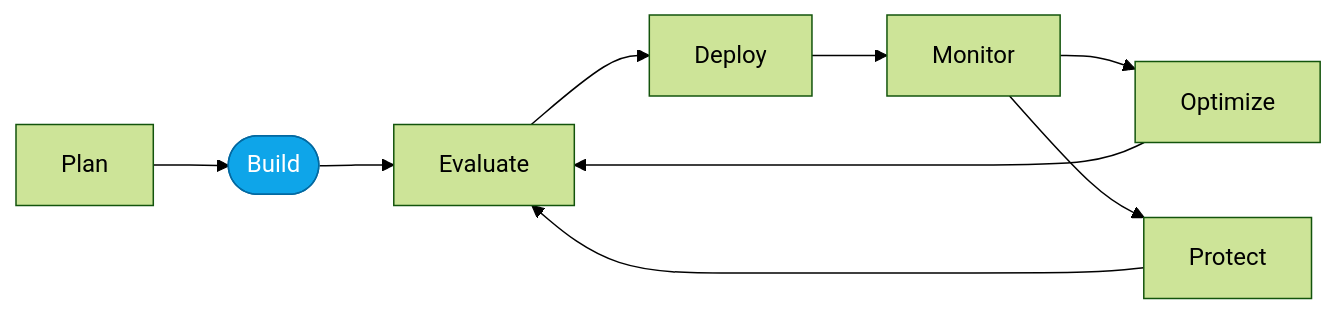
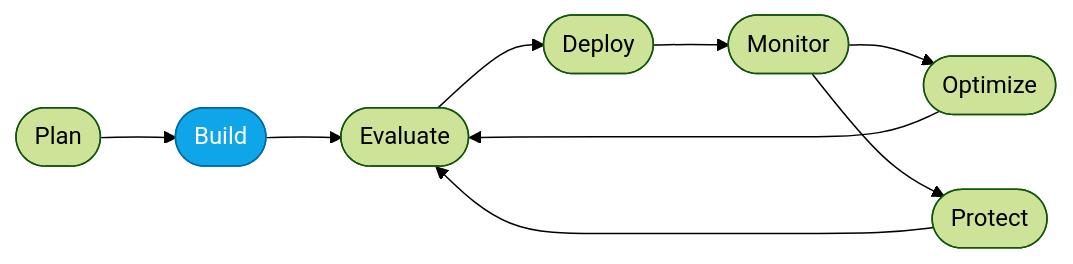
One commit to microsoft-foundry/agent-optimization-workshop changed the diagram in labs/fundamentals/04-create-prompt-agent.md. Above: the diagram before and after it, drawn with Mermaid (forest theme). The commit also changed other lines of this file and 17 other files, not shown here.

````diff
--- a/labs/fundamentals/04-create-prompt-agent.md
+++ b/labs/fundamentals/04-create-prompt-agent.md
@@ -13,7 +13,8 @@
 ```mermaid
 flowchart LR
-    Plan --> Build([Build]):::active --> Evaluate --> Deploy --> Monitor --> Optimize --> Evaluate
-    Monitor --> Protect --> Evaluate
+    Plan([Plan]) --> Build([Build]):::active
+    Build --> Evaluate([Evaluate]) --> Deploy([Deploy]) --> Monitor([Monitor]) --> Optimize([Optimize]) --> Evaluate
+    Monitor --> Protect([Protect]) --> Evaluate
 
     classDef active fill:#0ea5e9,stroke:#0369a1,color:#fff;
 ```
````
